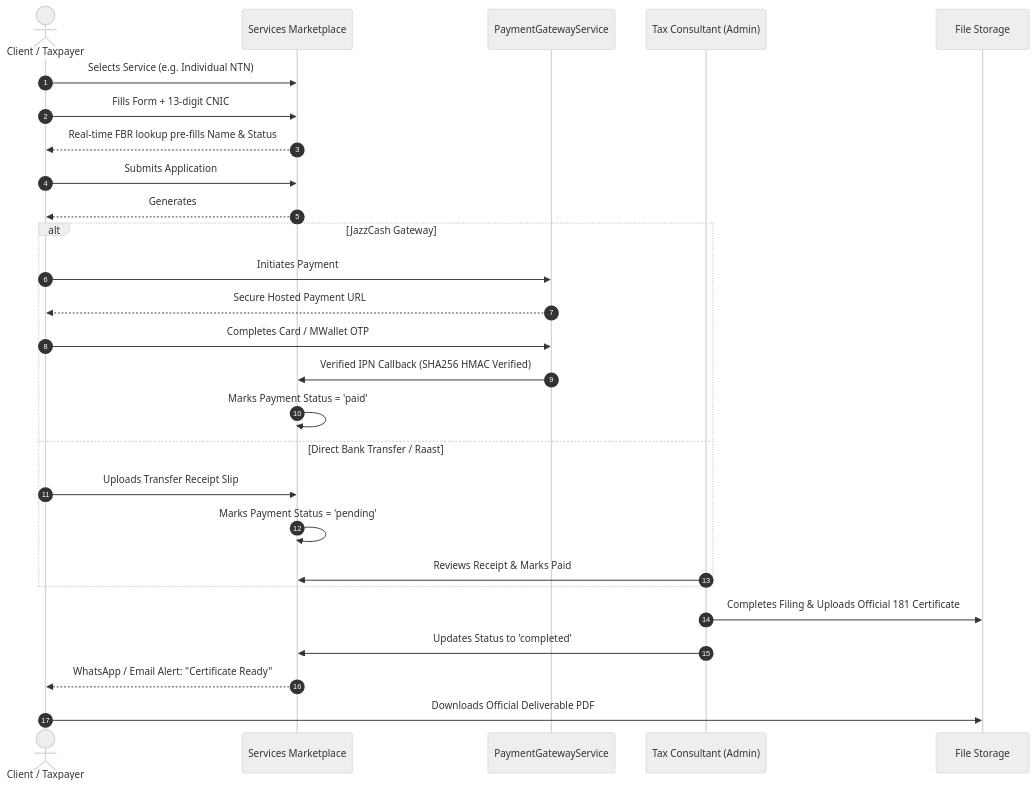
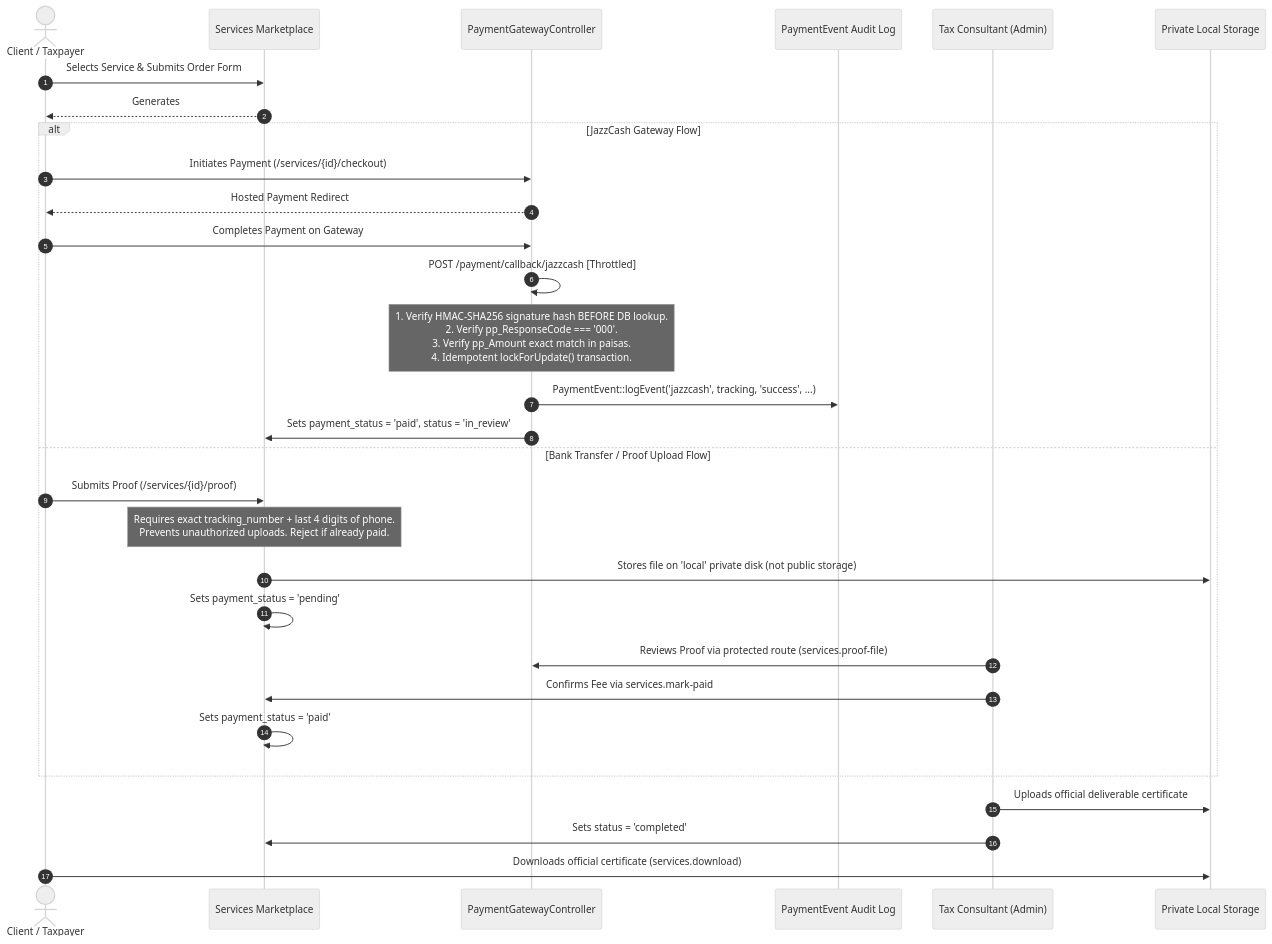
The sixth of 9 diagrams in APPLICATION_FLOW.md (mouz313/Taxflilling), drawn with Mermaid (neutral theme) before and after one commit. The commit also changed other lines of this file and 14 other files, not shown here.

````diff
--- a/APPLICATION_FLOW.md
+++ b/APPLICATION_FLOW.md
@@ -231,32 +269,35 @@
 ```mermaid
 sequenceDiagram
     autonumber
     actor Client as Client / Taxpayer
     participant Catalog as Services Marketplace
-    participant Gateway as PaymentGatewayService
+    participant Gateway as PaymentGatewayController
+    participant Audit as PaymentEvent Audit Log
     participant Consultant as Tax Consultant (Admin)
-    participant Storage as File Storage
+    participant Storage as Private Local Storage
 
-    Client->>Catalog: Selects Service (e.g. Individual NTN)
-    Client->>Catalog: Fills Form + 13-digit CNIC
-    Catalog-->>Client: Real-time FBR lookup pre-fills Name & Status
-    Client->>Catalog: Submits Application
-    Catalog-->>Client: Generates #SR-XXXX-XXXX & Redirects to Payment
+    Client->>Catalog: Selects Service & Submits Order Form
+    Catalog-->>Client: Generates #SR-XXXX-XXXX & Redirects to Checkout
 
-    alt JazzCash Gateway
-        Client->>Gateway: Initiates Payment
-        Gateway-->>Client: Secure Hosted Payment URL
-        Client->>Gateway: Completes Card / MWallet OTP
-        Gateway->>Catalog: Verified IPN Callback (SHA256 HMAC Verified)
-        Catalog->>Catalog: Marks Payment Status = 'paid'
-    else Direct Bank Transfer / Raast
-        Client->>Catalog: Uploads Transfer Receipt Slip
-        Catalog->>Catalog: Marks Payment Status = 'pending'
-        Consultant->>Catalog: Reviews Receipt & Marks Paid
+    alt JazzCash Gateway Flow
+        Client->>Gateway: Initiates Payment (/services/{id}/checkout)
+        Gateway-->>Client: Hosted Payment Redirect
+        Client->>Gateway: Completes Payment on Gateway
+        Gateway->>Gateway: POST /payment/callback/jazzcash [Throttled]
+        Note over Gateway: 1. Verify HMAC-SHA256 signature hash BEFORE DB lookup.<br/>2. Verify pp_ResponseCode === '000'.<br/>3. Verify pp_Amount exact match in paisas.<br/>4. Idempotent lockForUpdate() transaction.
+        Gateway->>Audit: PaymentEvent::logEvent('jazzcash', tracking, 'success', ...)
+        Gateway->>Catalog: Sets payment_status = 'paid', status = 'in_review'
+    else Bank Transfer / Proof Upload Flow
+        Client->>Catalog: Submits Proof (/services/{id}/proof)
+        Note over Catalog: Requires exact tracking_number + last 4 digits of phone.<br/>Prevents unauthorized uploads. Reject if already paid.
+        Catalog->>Storage: Stores file on 'local' private disk (not public storage)
+        Catalog->>Catalog: Sets payment_status = 'pending'
+        Consultant->>Gateway: Reviews Proof via protected route (services.proof-file)
+        Consultant->>Catalog: Confirms Fee via services.mark-paid
+        Catalog->>Catalog: Sets payment_status = 'paid'
     end
 
-    Consultant->>Storage: Completes Filing & Uploads Official 181 Certificate
-    Consultant->>Catalog: Updates Status to 'completed'
-    Catalog-->>Client: WhatsApp / Email Alert: "Certificate Ready"
-    Client->>Storage: Downloads Official Deliverable PDF
+    Consultant->>Storage: Uploads official deliverable certificate
+    Consultant->>Catalog: Sets status = 'completed'
+    Client->>Storage: Downloads official certificate (services.download)
 ```
````
